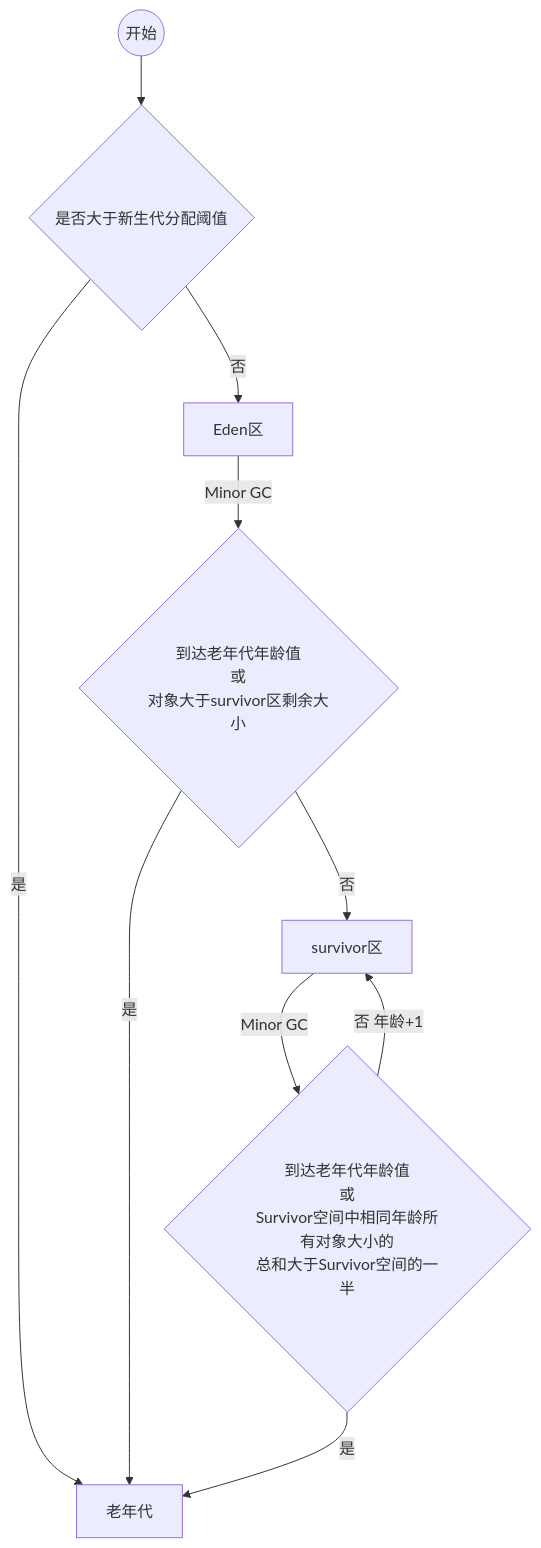
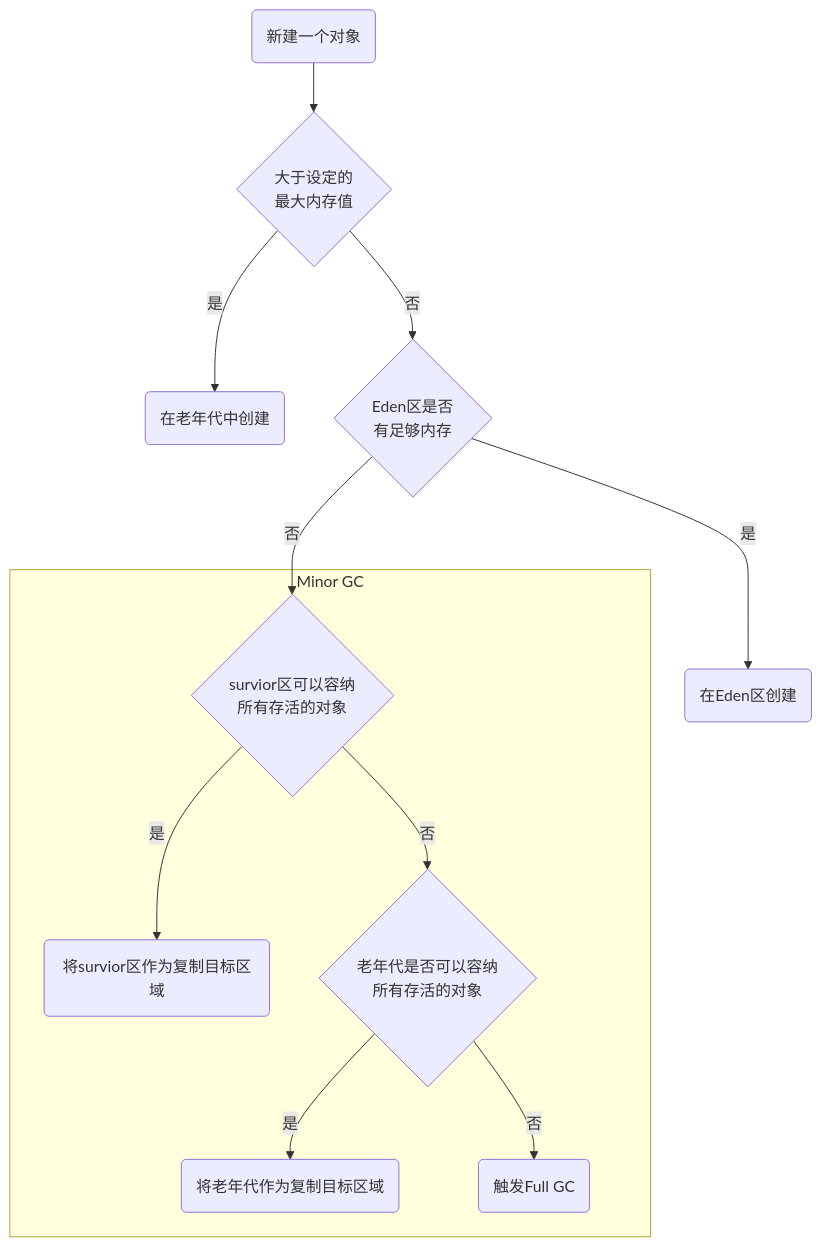
The diagram in summary/虚拟机/内存分配与回收策略.md (vay-qz/Learning), drawn with Mermaid before and after one commit. The commit also changed other lines of this file and 5 other files, not shown here.

````diff
--- a/summary/虚拟机/内存分配与回收策略.md
+++ b/summary/虚拟机/内存分配与回收策略.md
@@ -22,12 +5,14 @@
 ```mermaid
 graph TB
-    A((开始)) --> B{是否大于新生代分配阈值}
-    B --是--> C[老年代]
-    B --否--> D[Eden区]
-    D --Minor GC--> E{到达老年代年龄值<br>或<br>对象大于survivor区剩余大小}
-    E --是--> C
-    E --否--> G[survivor区]
-	G --Minor GC--> H{到达老年代年龄值<br>或<br>Survivor空间中相同年龄所有对象大小的<br>总和大于Survivor空间的一半}
-	H --是--> C
-	H --否 年龄+1--> G
+	a(新建一个对象)-->b{大于设定的<br>最大内存值}
+	b--是-->c(在老年代中创建)
+	b--否-->d{Eden区是否<br>有足够内存}
+	d--是-->e(在Eden区创建)
+	d--否-->g(Minor GC)
+	subgraph Minor GC
+		g{survior区可以容纳<br>所有存活的对象}--是-->h(将survior区作为复制目标区域)
+		g--否-->i{老年代是否可以容纳<br>所有存活的对象}
+		i--是-->j(将老年代作为复制目标区域)
+		i--否-->k(触发Full GC)
+	end
 ```
````
